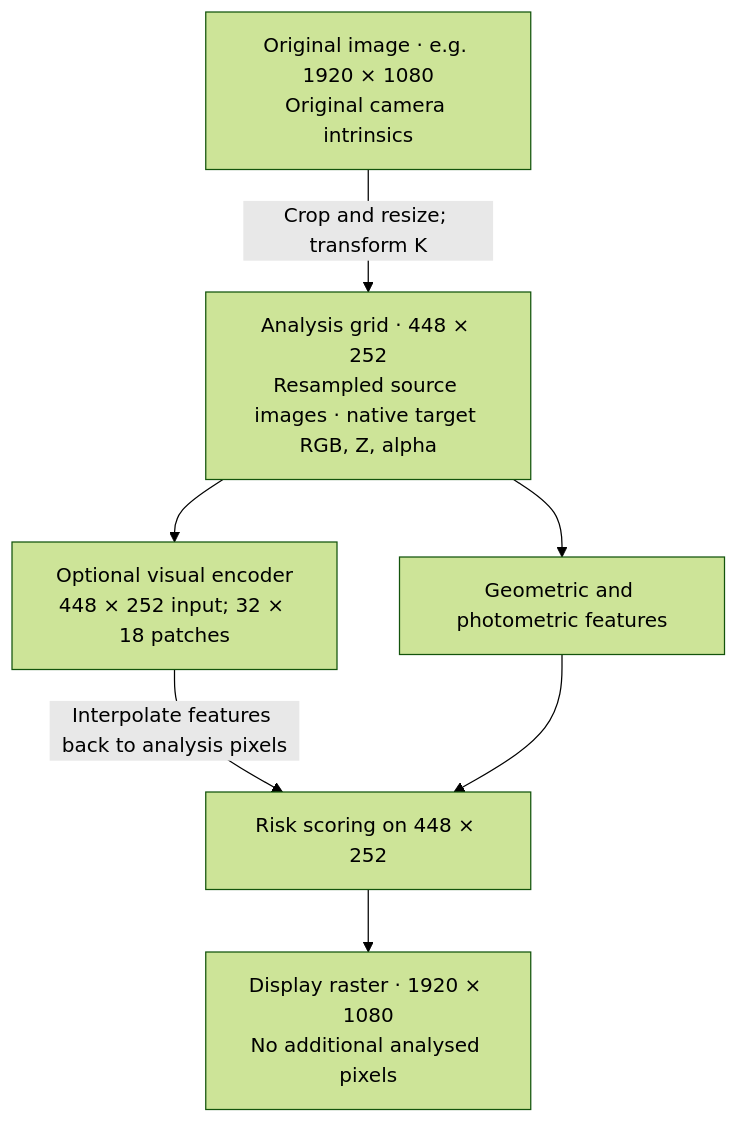
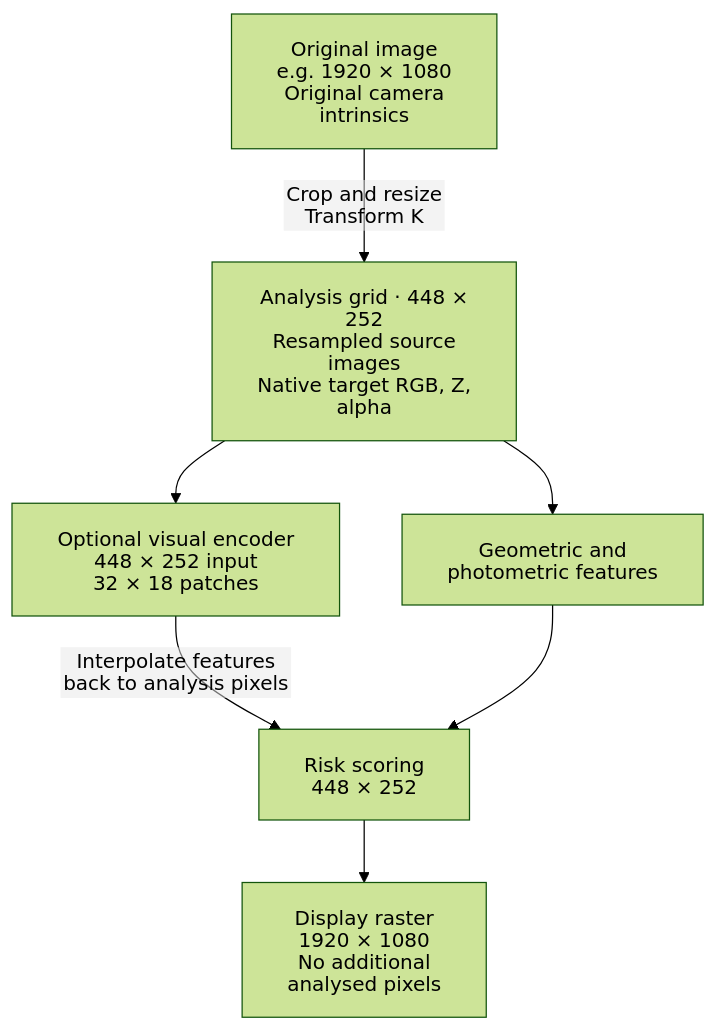
One commit to wany614/evidence-lens changed the second of 2 diagrams in README.md. Above: the diagram before and after it, drawn with Mermaid (forest theme). The commit also changed other lines of this file, not shown here.

Commit message:
docs: prevent Mermaid diagram label clipping

````diff
--- a/README.md
+++ b/README.md
@@ -67,9 +68,10 @@
 ```mermaid
+%%{init: {"htmlLabels": false, "flowchart": {"htmlLabels": false, "padding": 18}}}%%
 flowchart TD
-    O["Original image · e.g. 1920 × 1080<br/>Original camera intrinsics"] -->|"Crop and resize; transform K"| A["Analysis grid · 448 × 252<br/>Resampled source images · native target RGB, Z, alpha"]
-    A --> G["Geometric and photometric features"]
-    A --> N["Optional visual encoder<br/>448 × 252 input; 32 × 18 patches"]
-    N -->|"Interpolate features back to analysis pixels"| R["Risk scoring on 448 × 252"]
+    O["Original image<br/>e.g. 1920 × 1080<br/>Original camera intrinsics"] -->|"Crop and resize<br/>Transform K"| A["Analysis grid · 448 × 252<br/>Resampled source images<br/>Native target RGB, Z, alpha"]
+    A --> G["Geometric and<br/>photometric features"]
+    A --> N["Optional visual encoder<br/>448 × 252 input<br/>32 × 18 patches"]
+    N -->|"Interpolate features<br/>back to analysis pixels"| R["Risk scoring<br/>448 × 252"]
     G --> R
-    R --> D["Display raster · 1920 × 1080<br/>No additional analysed pixels"]
+    R --> D["Display raster<br/>1920 × 1080<br/>No additional<br/>analysed pixels"]
 ```
````
